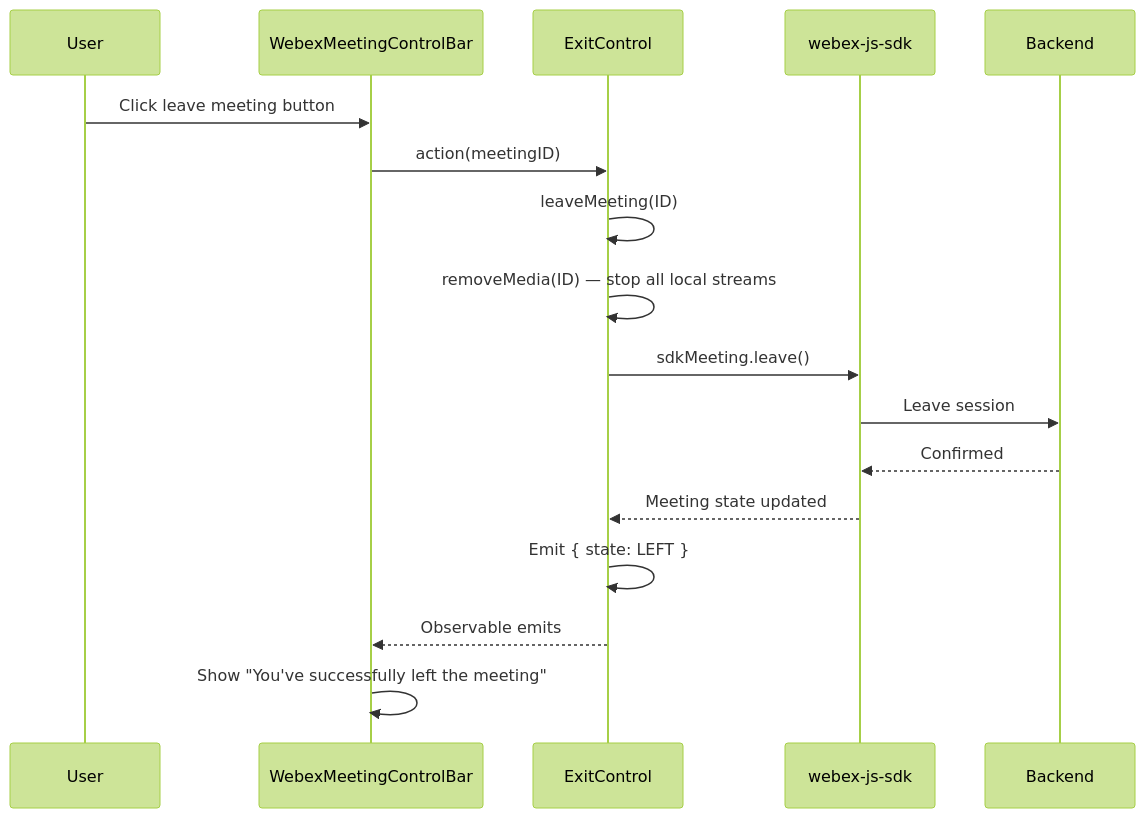
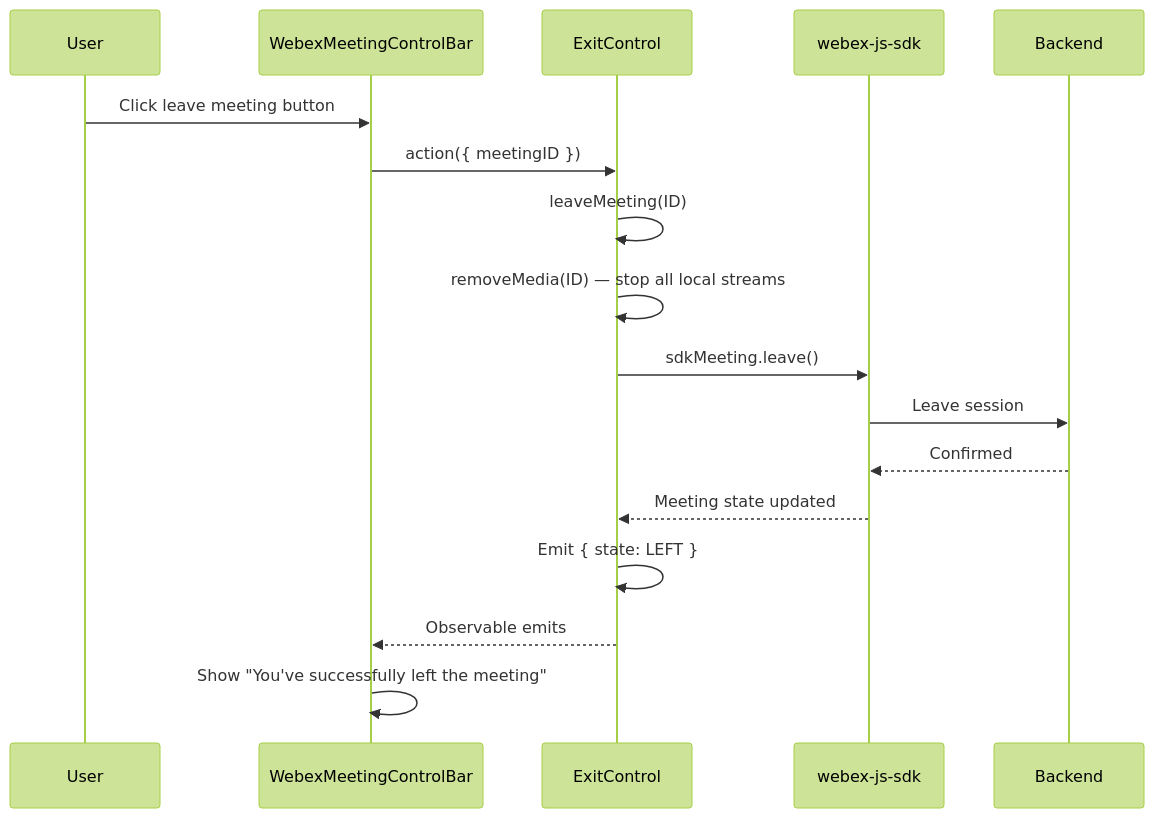
The tenth of 13 diagrams in packages/@webex/widgets/ai-docs/ARCHITECTURE.md (webex/widgets), drawn with Mermaid (forest theme) before and after one commit. The commit also changed other lines of this file and 1 other file, not shown here.

````diff
--- a/packages/@webex/widgets/ai-docs/ARCHITECTURE.md
+++ b/packages/@webex/widgets/ai-docs/ARCHITECTURE.md
@@ -523,22 +527,22 @@
 ```mermaid
 sequenceDiagram
     participant User
     participant Component as WebexMeetingControlBar
     participant Adapter as ExitControl
     participant SDK as webex-js-sdk
     participant Backend
 
     User->>Component: Click leave meeting button
-    Component->>Adapter: action(meetingID)
+    Component->>Adapter: action({ meetingID })
     Adapter->>Adapter: leaveMeeting(ID)
     Adapter->>Adapter: removeMedia(ID) — stop all local streams
     Adapter->>SDK: sdkMeeting.leave()
     SDK->>Backend: Leave session
     Backend-->>SDK: Confirmed
 
     SDK-->>Adapter: Meeting state updated
     Adapter->>Adapter: Emit { state: LEFT }
     Adapter-->>Component: Observable emits
 
     Component->>Component: Show "You've successfully left the meeting"
 ```
````
